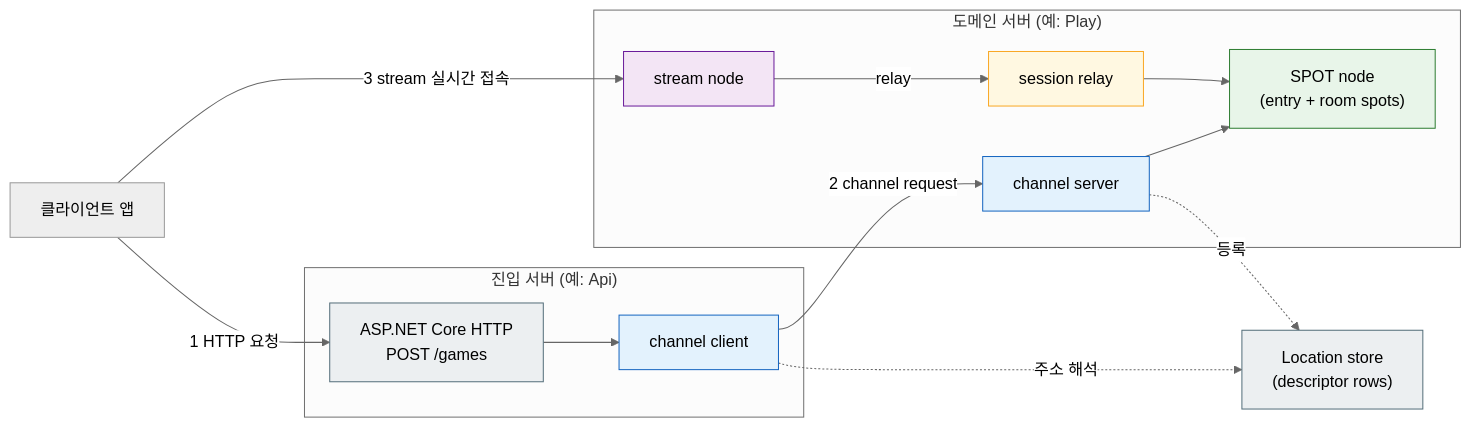
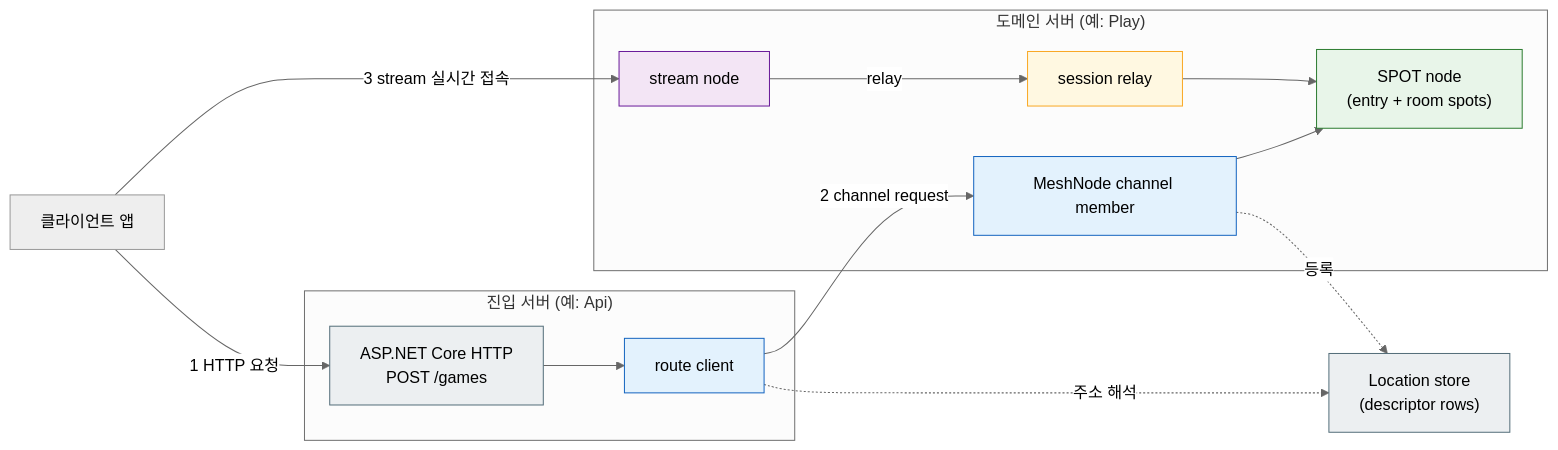
One commit to kairos-code-dev/zlink changed the eighth of 8 diagrams in framework/doc/framework/dotnet/guide/01-overview.ko.md. Above: the diagram before and after it, drawn with Mermaid (neutral theme). The commit also changed other lines of this file and 1 other file, not shown here.

First line of the commit message:
docs(dotnet): refresh route mesh overview

````diff
--- a/framework/doc/framework/dotnet/guide/01-overview.ko.md
+++ b/framework/doc/framework/dotnet/guide/01-overview.ko.md
@@ -713,30 +691,30 @@
 ```mermaid
 flowchart LR
     Client["클라이언트 앱"]
     subgraph Api["진입 서버 (예: Api)"]
         HTTP["ASP.NET Core HTTP<br/>POST /games"]:::infra
-        ApiC["channel client"]:::channel
+        ApiC["route client"]:::channel
     end
     subgraph Core["도메인 서버 (예: Play)"]
-        CoreS["channel server"]:::channel
+        CoreS["MeshNode channel member"]:::channel
         SpotN["SPOT node<br/>(entry + room spots)"]:::spot
         StreamN["stream node"]:::stream
         ActorG["session relay"]:::actor
     end
     Store["Location store<br/>(descriptor rows)"]:::infra
 
     Client -- "1 HTTP 요청" --> HTTP
     HTTP --> ApiC
     ApiC -- "2 channel request" --> CoreS
     CoreS --> SpotN
     Client -- "3 stream 실시간 접속" --> StreamN
     StreamN -- "relay" --> ActorG --> SpotN
     ApiC -.->|"주소 해석"| Store
     CoreS -.->|등록| Store
 
     classDef channel fill:#e3f2fd,stroke:#1565c0,color:#000000
     classDef spot fill:#e8f5e9,stroke:#2e7d32,color:#000000
     classDef actor fill:#fff8e1,stroke:#f9a825,color:#000000
     classDef stream fill:#f3e5f5,stroke:#6a1b9a,color:#000000
     classDef infra fill:#eceff1,stroke:#546e7a,color:#000000
 ```
````
